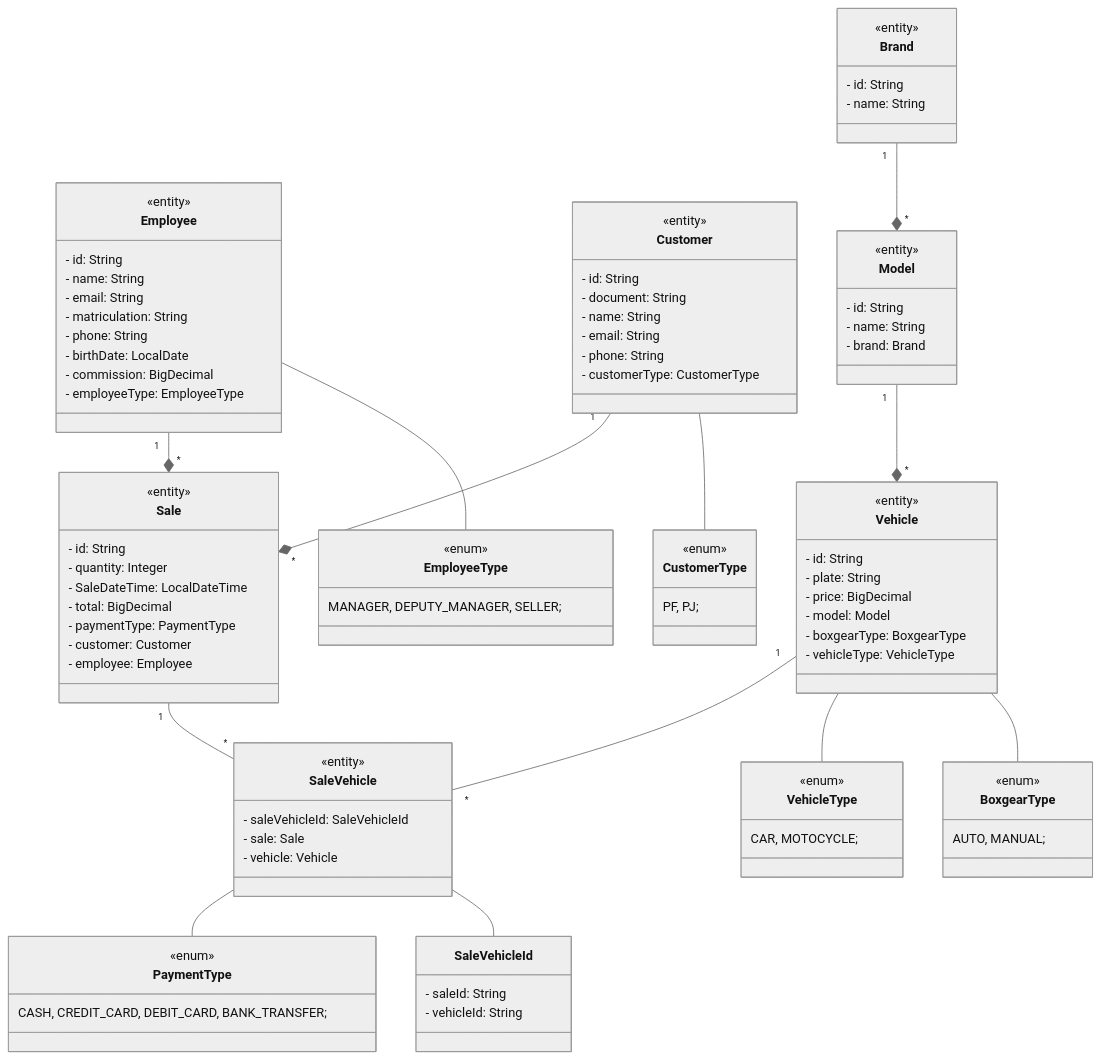
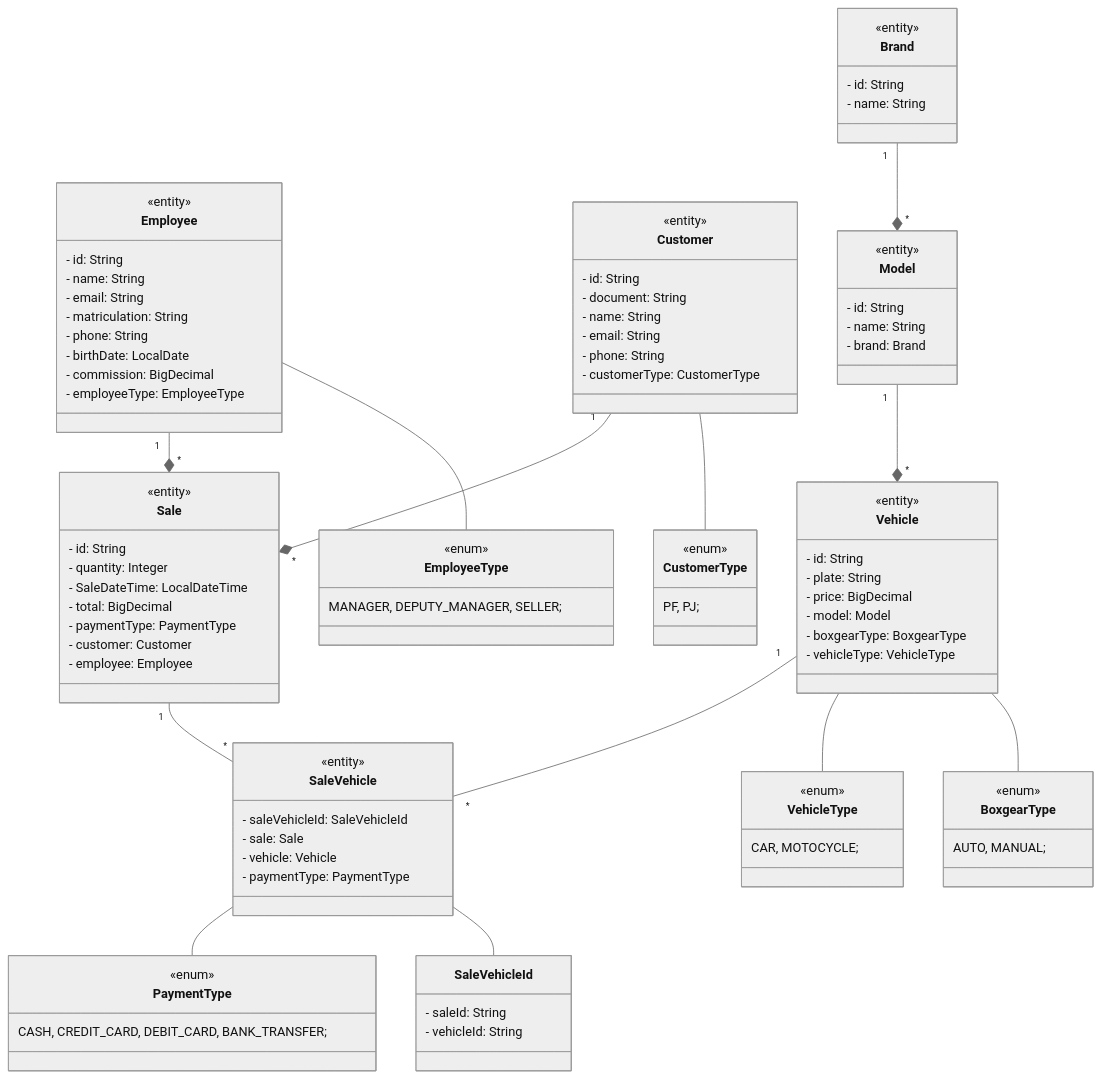
The diagram in README.md (abnerjosefelixbarbosa/automendes), drawn with Mermaid (neutral theme) before and after one commit.

```diff
--- a/README.md
+++ b/README.md
@@ -57,6 +57,7 @@
     - saleVehicleId: SaleVehicleId
     - sale: Sale
     - vehicle: Vehicle
+    - paymentType: PaymentType 
 }
 
 class SaleVehicleId {
```
